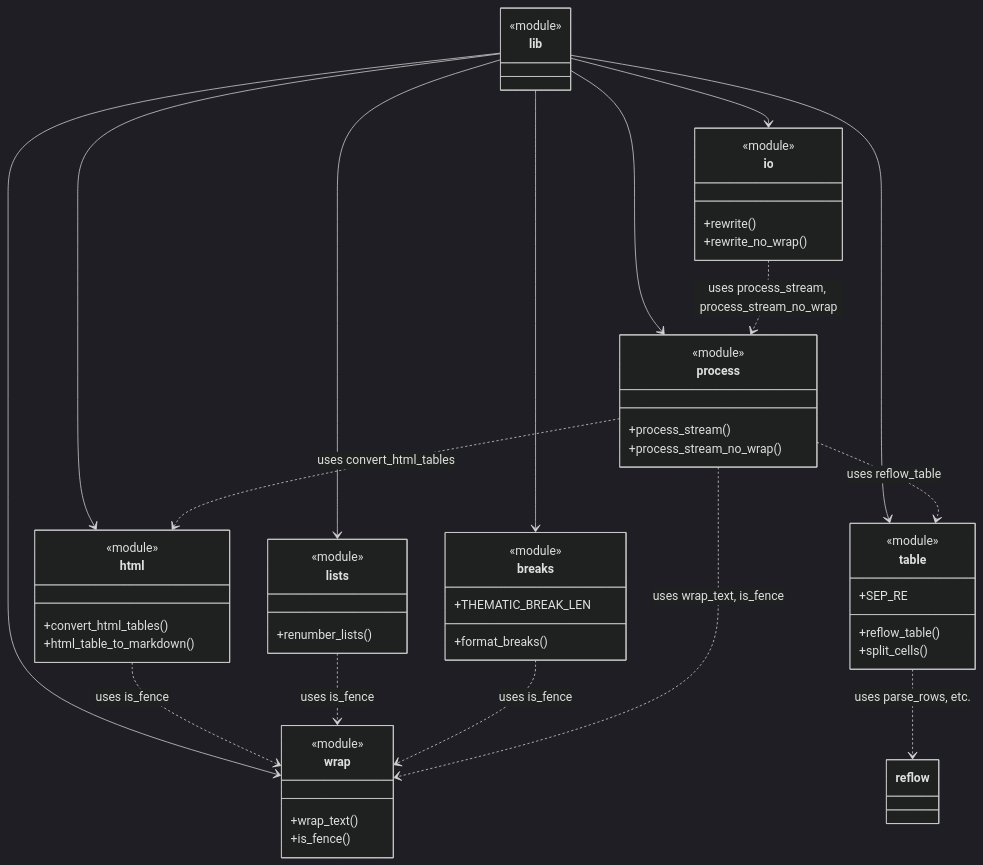
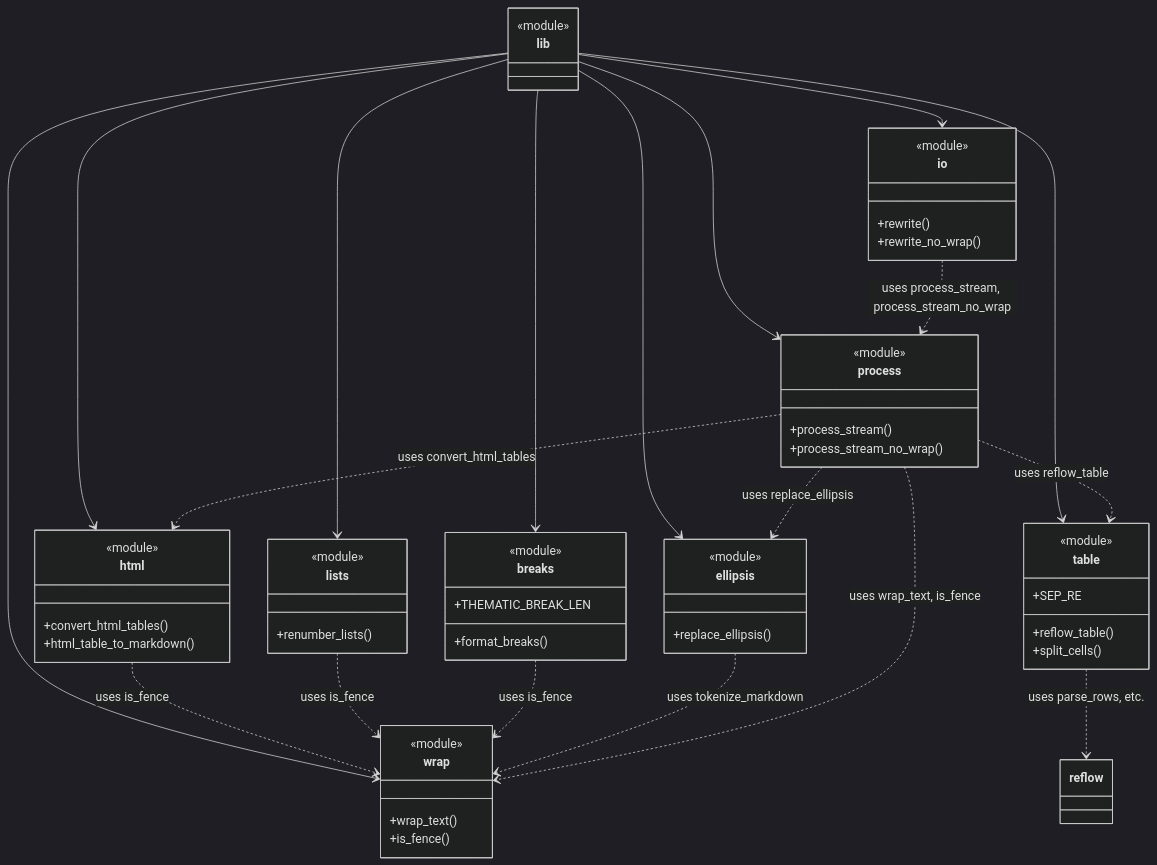
The diagram in docs/module-relationships.md (leynos/mdtablefix), drawn with Mermaid (dark theme) before and after one commit. The commit also changed other lines of this file and 7 other files, not shown here.

````diff
--- a/docs/module-relationships.md
+++ b/docs/module-relationships.md
@@ -5,56 +5,63 @@
 ```mermaid
 classDiagram
     class lib {
         <<module>>
     }
     class html {
         <<module>>
         +convert_html_tables()
         +html_table_to_markdown()
     }
     class table {
         <<module>>
         +reflow_table()
         +split_cells()
         +SEP_RE
     }
     class wrap {
         <<module>>
         +wrap_text()
         +is_fence()
     }
     class lists {
         <<module>>
         +renumber_lists()
     }
     class breaks {
         <<module>>
         +format_breaks()
         +THEMATIC_BREAK_LEN
     }
+    class ellipsis {
+        <<module>>
+        +replace_ellipsis()
+    }
     class process {
         <<module>>
         +process_stream()
         +process_stream_no_wrap()
     }
     class io {
         <<module>>
         +rewrite()
         +rewrite_no_wrap()
     }
     lib --> html
     lib --> table
     lib --> wrap
     lib --> lists
     lib --> breaks
+    lib --> ellipsis
     lib --> process
     lib --> io
     html ..> wrap : uses is_fence
     table ..> reflow : uses parse_rows, etc.
     lists ..> wrap : uses is_fence
     breaks ..> wrap : uses is_fence
+    ellipsis ..> wrap : uses tokenize_markdown
     process ..> html : uses convert_html_tables
     process ..> table : uses reflow_table
     process ..> wrap : uses wrap_text, is_fence
+    process ..> ellipsis : uses replace_ellipsis
     io ..> process : uses process_stream, process_stream_no_wrap
 ```
````
